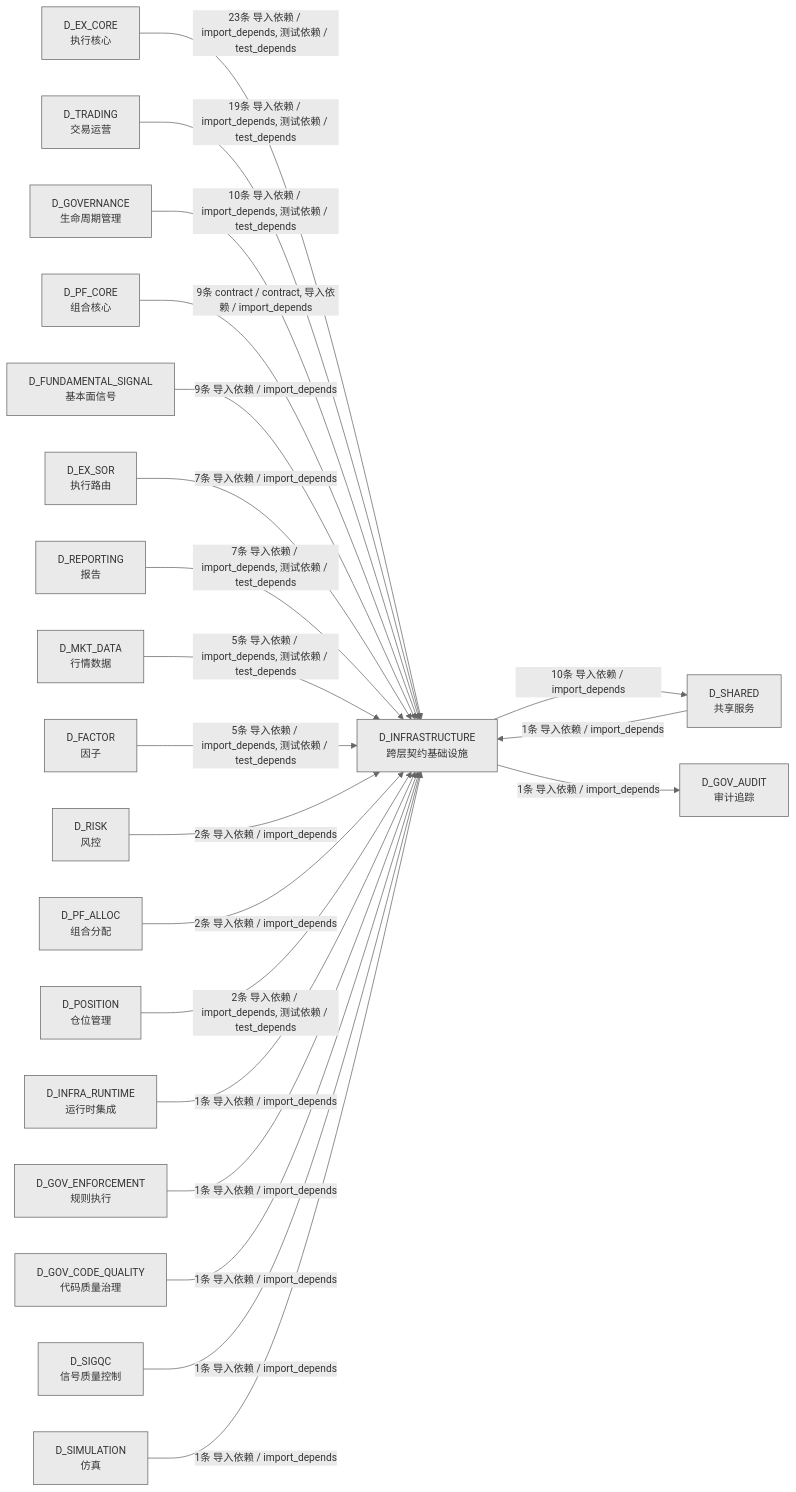
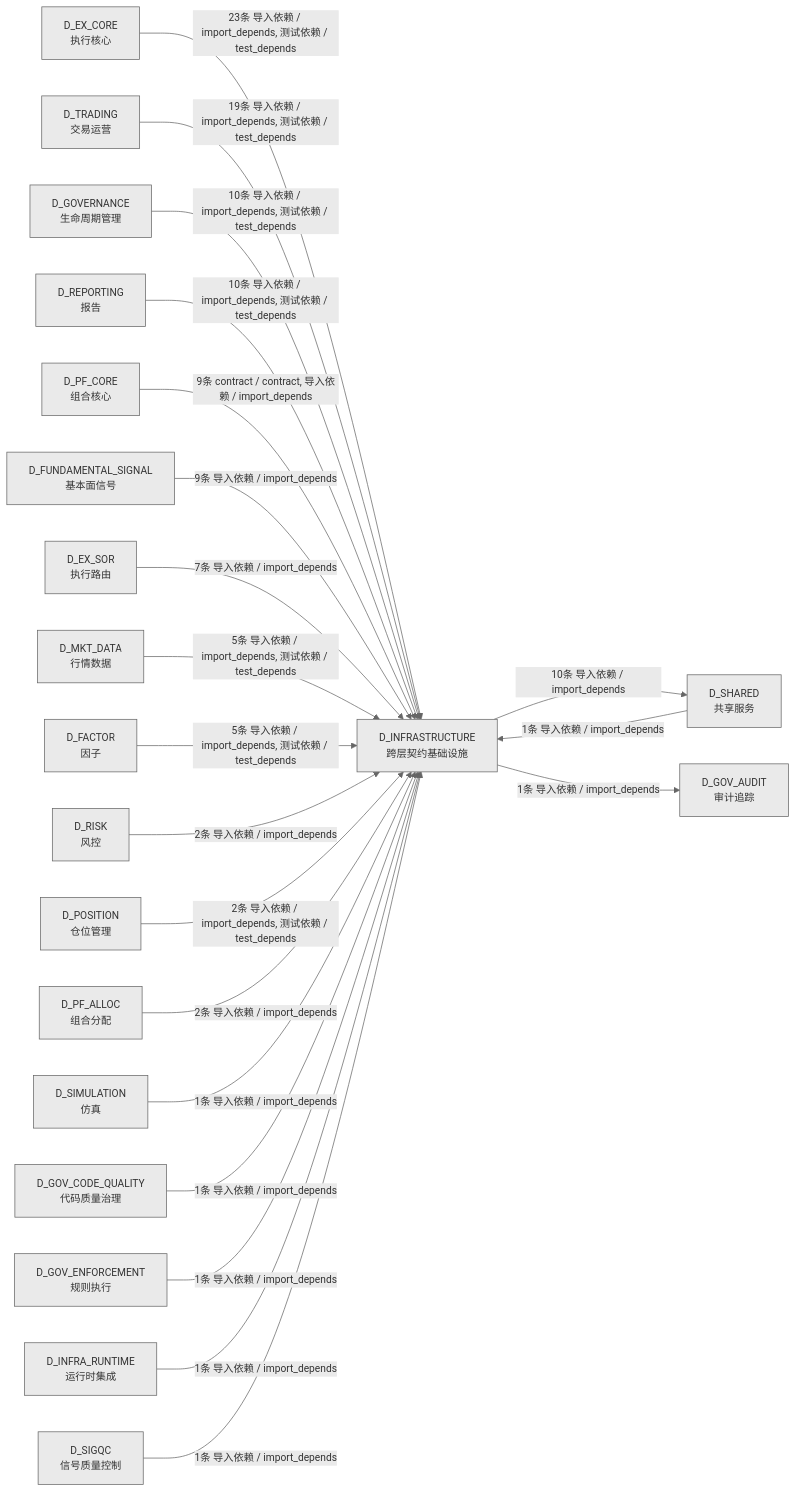
The third of 3 diagrams in docs/02_enterprise_architecture/02_domain_architecture_docs/02_d_infrastructure.md (xuanFelixVan/ZephyrAlpha), drawn with Mermaid before and after one commit. The commit also changed other lines of this file and 50 other files, not shown here.

````diff
--- a/docs/02_enterprise_architecture/02_domain_architecture_docs/02_d_infrastructure.md
+++ b/docs/02_enterprise_architecture/02_domain_architecture_docs/02_d_infrastructure.md
@@ -355,44 +359,44 @@
 ```mermaid
 %%{init: {'theme': 'base', 'themeVariables': {'primaryColor': '#eaeaea', 'primaryTextColor': '#333333', 'primaryBorderColor': '#666666', 'lineColor': '#666666', 'secondaryColor': '#eaeaea', 'tertiaryColor': '#eaeaea', 'fontSize': '14px'}}}%%
 graph LR
     D_INFRASTRUCTURE["D_INFRASTRUCTURE<br/>跨层契约基础设施"]
     D_SHARED["D_SHARED<br/>共享服务"]
     D_GOV_AUDIT["D_GOV_AUDIT<br/>审计追踪"]
     D_EX_CORE["D_EX_CORE<br/>执行核心"]
     D_TRADING["D_TRADING<br/>交易运营"]
     D_GOVERNANCE["D_GOVERNANCE<br/>生命周期管理"]
+    D_REPORTING["D_REPORTING<br/>报告"]
     D_PF_CORE["D_PF_CORE<br/>组合核心"]
     D_FUNDAMENTAL_SIGNAL["D_FUNDAMENTAL_SIGNAL<br/>基本面信号"]
     D_EX_SOR["D_EX_SOR<br/>执行路由"]
-    D_REPORTING["D_REPORTING<br/>报告"]
     D_MKT_DATA["D_MKT_DATA<br/>行情数据"]
     D_FACTOR["D_FACTOR<br/>因子"]
     D_RISK["D_RISK<br/>风控"]
+    D_POSITION["D_POSITION<br/>仓位管理"]
     D_PF_ALLOC["D_PF_ALLOC<br/>组合分配"]
-    D_POSITION["D_POSITION<br/>仓位管理"]
+    D_SIMULATION["D_SIMULATION<br/>仿真"]
+    D_GOV_CODE_QUALITY["D_GOV_CODE_QUALITY<br/>代码质量治理"]
+    D_GOV_ENFORCEMENT["D_GOV_ENFORCEMENT<br/>规则执行"]
     D_INFRA_RUNTIME["D_INFRA_RUNTIME<br/>运行时集成"]
-    D_GOV_ENFORCEMENT["D_GOV_ENFORCEMENT<br/>规则执行"]
-    D_GOV_CODE_QUALITY["D_GOV_CODE_QUALITY<br/>代码质量治理"]
     D_SIGQC["D_SIGQC<br/>信号质量控制"]
-    D_SIMULATION["D_SIMULATION<br/>仿真"]
     D_INFRASTRUCTURE -->|10条 导入依赖 / import_depends| D_SHARED
     D_INFRASTRUCTURE -->|1条 导入依赖 / import_depends| D_GOV_AUDIT
     D_EX_CORE -->|23条 导入依赖 / import_depends, 测试依赖 / test_depends| D_INFRASTRUCTURE
     D_TRADING -->|19条 导入依赖 / import_depends, 测试依赖 / test_depends| D_INFRASTRUCTURE
     D_GOVERNANCE -->|10条 导入依赖 / import_depends, 测试依赖 / test_depends| D_INFRASTRUCTURE
+    D_REPORTING -->|10条 导入依赖 / import_depends, 测试依赖 / test_depends| D_INFRASTRUCTURE
     D_PF_CORE -->|9条 contract / contract, 导入依赖 / import_depends| D_INFRASTRUCTURE
     D_FUNDAMENTAL_SIGNAL -->|9条 导入依赖 / import_depends| D_INFRASTRUCTURE
     D_EX_SOR -->|7条 导入依赖 / import_depends| D_INFRASTRUCTURE
-    D_REPORTING -->|7条 导入依赖 / import_depends, 测试依赖 / test_depends| D_INFRASTRUCTURE
     D_MKT_DATA -->|5条 导入依赖 / import_depends, 测试依赖 / test_depends| D_INFRASTRUCTURE
     D_FACTOR -->|5条 导入依赖 / import_depends, 测试依赖 / test_depends| D_INFRASTRUCTURE
     D_RISK -->|2条 导入依赖 / import_depends| D_INFRASTRUCTURE
+    D_POSITION -->|2条 导入依赖 / import_depends, 测试依赖 / test_depends| D_INFRASTRUCTURE
     D_PF_ALLOC -->|2条 导入依赖 / import_depends| D_INFRASTRUCTURE
-    D_POSITION -->|2条 导入依赖 / import_depends, 测试依赖 / test_depends| D_INFRASTRUCTURE
+    D_SIMULATION -->|1条 导入依赖 / import_depends| D_INFRASTRUCTURE
+    D_GOV_CODE_QUALITY -->|1条 导入依赖 / import_depends| D_INFRASTRUCTURE
+    D_GOV_ENFORCEMENT -->|1条 导入依赖 / import_depends| D_INFRASTRUCTURE
     D_INFRA_RUNTIME -->|1条 导入依赖 / import_depends| D_INFRASTRUCTURE
-    D_GOV_ENFORCEMENT -->|1条 导入依赖 / import_depends| D_INFRASTRUCTURE
-    D_GOV_CODE_QUALITY -->|1条 导入依赖 / import_depends| D_INFRASTRUCTURE
     D_SHARED -->|1条 导入依赖 / import_depends| D_INFRASTRUCTURE
     D_SIGQC -->|1条 导入依赖 / import_depends| D_INFRASTRUCTURE
-    D_SIMULATION -->|1条 导入依赖 / import_depends| D_INFRASTRUCTURE
 ```
````
